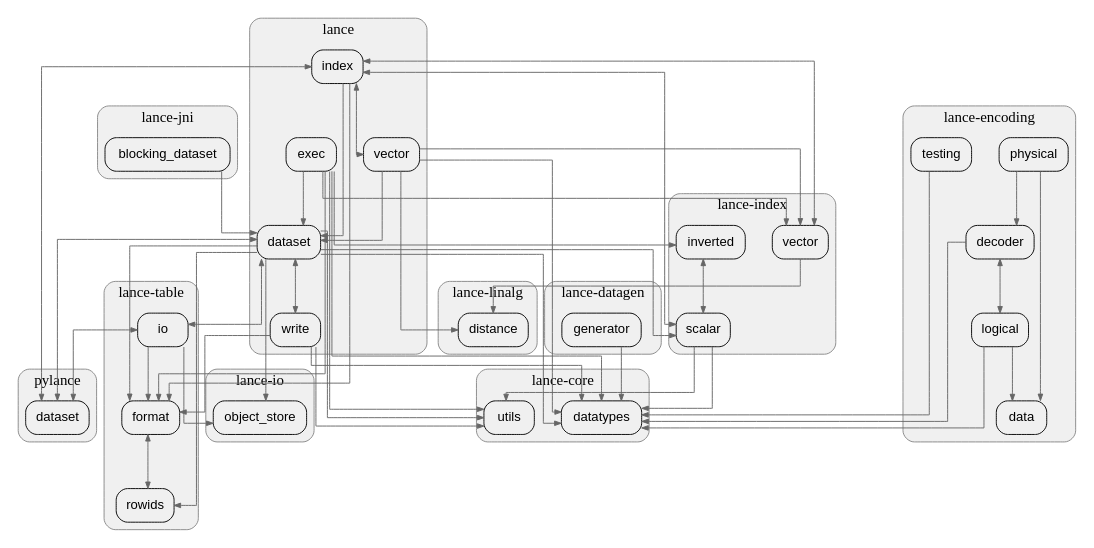
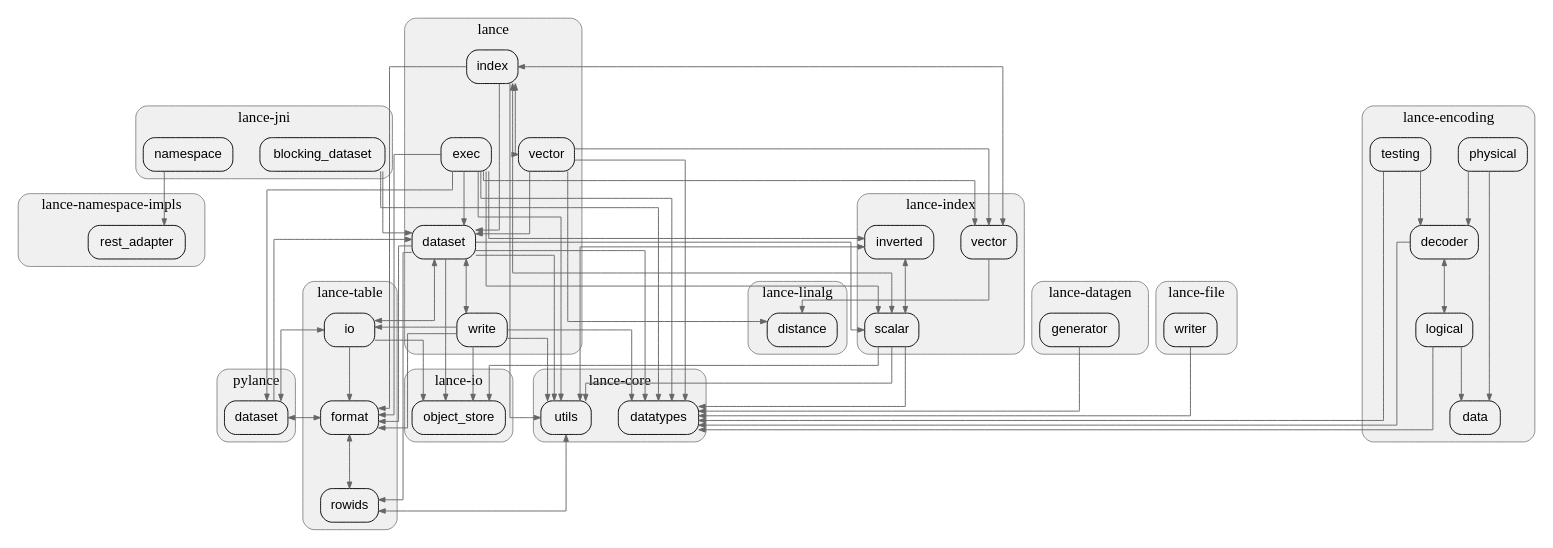
One commit to allenanswerzq/llmcc changed the diagram in sample/rust/lance-pagerank/depth_2_module.dot. Above: the diagram before and after it, drawn with Graphviz. The commit also changed 187 other files, not shown here.

```diff
--- a/sample/rust/lance-pagerank/depth_2_module.dot
+++ b/sample/rust/lance-pagerank/depth_2_module.dot
@@ -62,6 +62,16 @@
     mod_lance_encoding_testing[label="testing"];
   }
 
+  subgraph cluster_lance_file {
+    label="lance-file";
+    style=rounded;
+    color="#888888";
+    bgcolor="#f0f0f0";
+    fontname="Helvetica Bold";
+
+    mod_lance_file_writer[label="writer"];
+  }
+
   subgraph cluster_lance_index {
     label="lance-index";
     style=rounded;
@@ -92,6 +102,7 @@
     fontname="Helvetica Bold";
 
     mod_lance_jni_blocking_dataset[label="blocking_dataset"];
+    mod_lance_jni_namespace[label="namespace"];
   }
 
   subgraph cluster_lance_linalg {
@@ -102,6 +113,16 @@
     fontname="Helvetica Bold";
 
     mod_lance_linalg_distance[label="distance"];
+  }
+
+  subgraph cluster_lance_namespace_impls {
+    label="lance-namespace-impls";
+    style=rounded;
+    color="#888888";
+    bgcolor="#f0f0f0";
+    fontname="Helvetica Bold";
+
+    mod_lance_namespace_impls_rest_adapter[label="rest_adapter"];
   }
 
   subgraph cluster_lance_table {
@@ -127,6 +148,8 @@
   }
 
 
+  mod_lance_core_utils -> mod_lance_index_inverted [dir=both]; // dir best-effort not accurate
+  mod_lance_core_utils -> mod_lance_table_rowids [dir=both]; // dir best-effort not accurate
   mod_lance_datagen_generator -> mod_lance_core_datatypes;
   mod_lance_dataset -> mod_lance_core_datatypes;
   mod_lance_dataset -> mod_lance_core_utils;
@@ -136,7 +159,6 @@
   mod_lance_dataset -> mod_lance_table_io [dir=both]; // dir best-effort not accurate
   mod_lance_dataset -> mod_lance_table_rowids;
   mod_lance_dataset -> mod_lance_write [dir=both]; // dir best-effort not accurate
-  mod_lance_dataset -> mod_pylance_dataset [dir=both]; // dir best-effort not accurate
   mod_lance_encoding_decoder -> mod_lance_core_datatypes;
   mod_lance_encoding_decoder -> mod_lance_encoding_logical [dir=both]; // dir best-effort not accurate
   mod_lance_encoding_logical -> mod_lance_core_datatypes;
@@ -144,24 +166,32 @@
   mod_lance_encoding_physical -> mod_lance_encoding_data;
   mod_lance_encoding_physical -> mod_lance_encoding_decoder;
   mod_lance_encoding_testing -> mod_lance_core_datatypes;
+  mod_lance_encoding_testing -> mod_lance_encoding_decoder;
   mod_lance_exec -> mod_lance_core_datatypes;
   mod_lance_exec -> mod_lance_core_utils;
   mod_lance_exec -> mod_lance_dataset;
   mod_lance_exec -> mod_lance_index_inverted;
+  mod_lance_exec -> mod_lance_index_scalar;
   mod_lance_exec -> mod_lance_index_vector;
   mod_lance_exec -> mod_lance_table_format;
+  mod_lance_exec -> mod_pylance_dataset;
+  mod_lance_file_writer -> mod_lance_core_datatypes;
+  mod_lance_index -> mod_lance_core_utils;
   mod_lance_index -> mod_lance_dataset;
   mod_lance_index -> mod_lance_index_scalar [dir=both]; // dir best-effort not accurate
   mod_lance_index -> mod_lance_index_vector [dir=both]; // dir best-effort not accurate
   mod_lance_index -> mod_lance_table_format;
   mod_lance_index -> mod_lance_vector [dir=both]; // dir best-effort not accurate
-  mod_lance_index -> mod_pylance_dataset [dir=both]; // dir best-effort not accurate
   mod_lance_index_inverted -> mod_lance_index_scalar [dir=both]; // dir best-effort not accurate
   mod_lance_index_scalar -> mod_lance_core_datatypes;
   mod_lance_index_scalar -> mod_lance_core_utils;
+  mod_lance_index_scalar -> mod_lance_io_object_store;
   mod_lance_index_vector -> mod_lance_linalg_distance;
+  mod_lance_jni_blocking_dataset -> mod_lance_core_datatypes;
   mod_lance_jni_blocking_dataset -> mod_lance_dataset;
+  mod_lance_jni_namespace -> mod_lance_namespace_impls_rest_adapter;
   mod_lance_table_format -> mod_lance_table_rowids [dir=both]; // dir best-effort not accurate
+  mod_lance_table_format -> mod_pylance_dataset [dir=both]; // dir best-effort not accurate
   mod_lance_table_io -> mod_lance_io_object_store;
   mod_lance_table_io -> mod_lance_table_format;
   mod_lance_table_io -> mod_pylance_dataset [dir=both]; // dir best-effort not accurate
@@ -171,5 +201,8 @@
   mod_lance_vector -> mod_lance_linalg_distance;
   mod_lance_write -> mod_lance_core_datatypes;
   mod_lance_write -> mod_lance_core_utils;
+  mod_lance_write -> mod_lance_io_object_store;
   mod_lance_write -> mod_lance_table_format;
+  mod_lance_write -> mod_lance_table_io;
+  mod_pylance_dataset -> mod_lance_dataset;
 }
```
